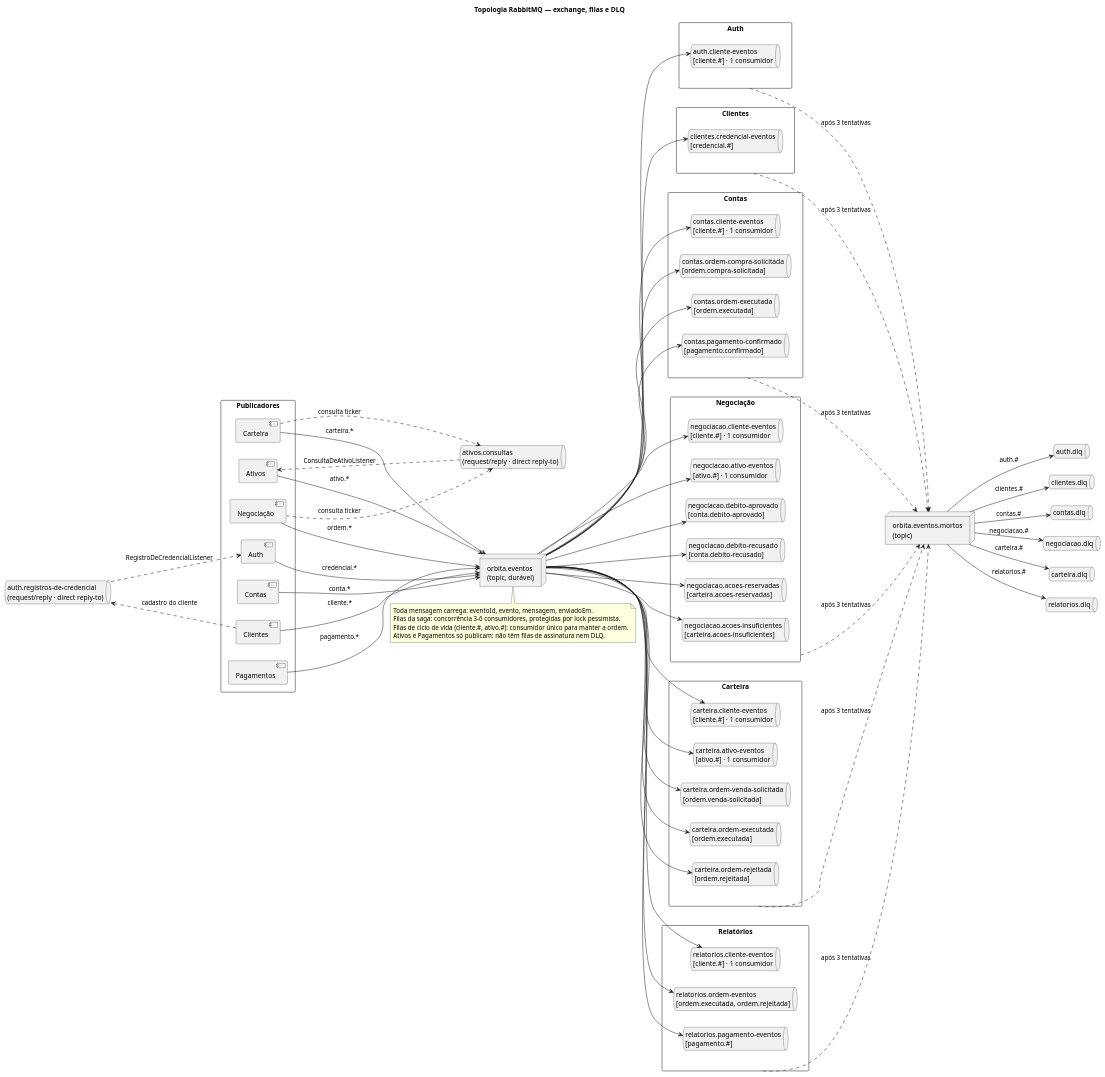
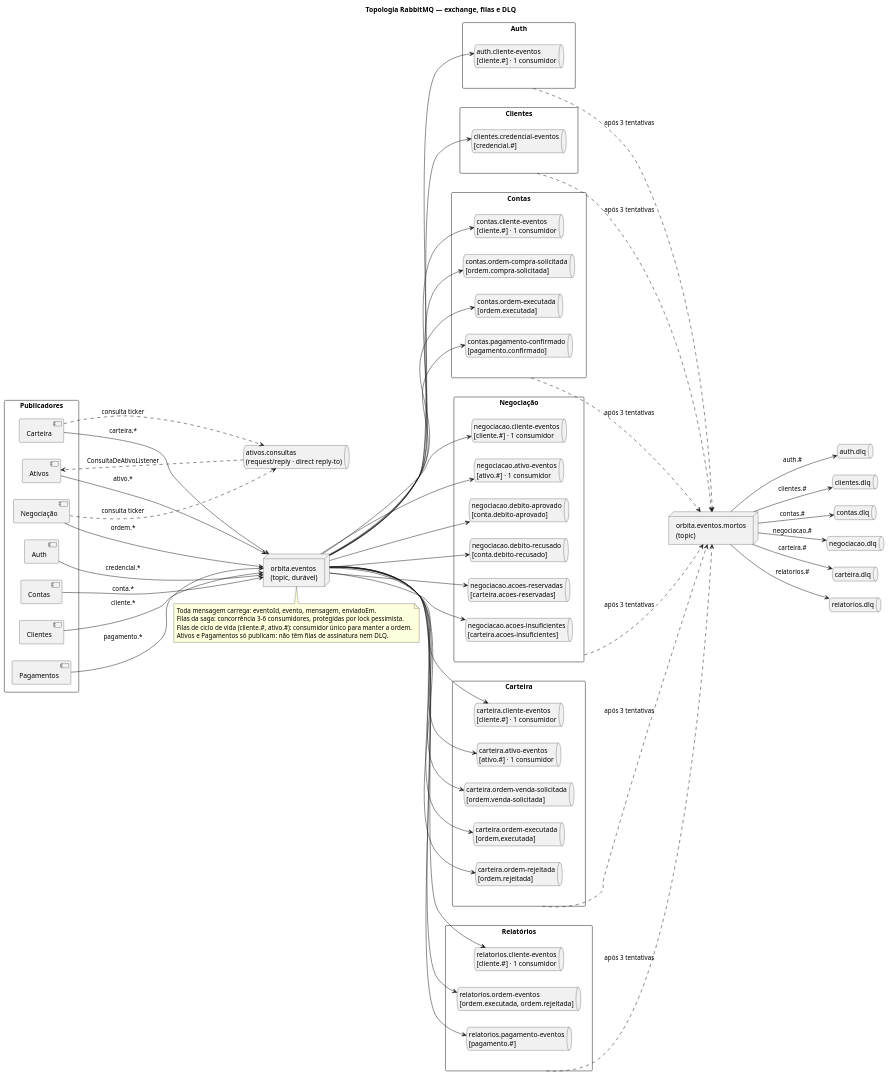
Before and after one commit to Endrigogustavo/OrbitaPay: the diagram in docs/plantuml/06-mensageria.puml, drawn with PlantUML. The commit also changed 53 other files, not shown here.

```diff
--- a/docs/plantuml/06-mensageria.puml
+++ b/docs/plantuml/06-mensageria.puml
@@ -1,124 +1,120 @@
 @startuml 06-mensageria
 title Topologia RabbitMQ — exchange, filas e DLQ
 
 skinparam shadowing false
 skinparam defaultFontName "Segoe UI"
 left to right direction
 
 rectangle "Publicadores" {
   component Auth as P_AUT
   component Clientes as P_CLI
   component Ativos as P_ATV
   component "Negociação" as P_NEG
   component Contas as P_CON
   component Carteira as P_CAR
   component Pagamentos as P_PAG
 }
 
 node "orbita.eventos\n(topic, durável)" as EX
 
 rectangle "Auth" as SAUT {
   queue "auth.cliente-eventos\n[cliente.#] · 1 consumidor" as qa1
 }
 
 rectangle "Clientes" as SCLI {
   queue "clientes.credencial-eventos\n[credencial.#]" as qc1
 }
 
 rectangle "Contas" as SCON {
   queue "contas.cliente-eventos\n[cliente.#] · 1 consumidor" as q1
   queue "contas.ordem-compra-solicitada\n[ordem.compra-solicitada]" as q2
   queue "contas.ordem-executada\n[ordem.executada]" as q3
   queue "contas.pagamento-confirmado\n[pagamento.confirmado]" as q15
 }
 
 rectangle "Negociação" as SNEG {
   queue "negociacao.cliente-eventos\n[cliente.#] · 1 consumidor" as q4
   queue "negociacao.ativo-eventos\n[ativo.#] · 1 consumidor" as q5
   queue "negociacao.debito-aprovado\n[conta.debito-aprovado]" as q6
   queue "negociacao.debito-recusado\n[conta.debito-recusado]" as q7
   queue "negociacao.acoes-reservadas\n[carteira.acoes-reservadas]" as q8
   queue "negociacao.acoes-insuficientes\n[carteira.acoes-insuficientes]" as q9
 }
 
 rectangle "Carteira" as SCAR {
   queue "carteira.cliente-eventos\n[cliente.#] · 1 consumidor" as q10
   queue "carteira.ativo-eventos\n[ativo.#] · 1 consumidor" as q11
   queue "carteira.ordem-venda-solicitada\n[ordem.venda-solicitada]" as q12
   queue "carteira.ordem-executada\n[ordem.executada]" as q13
   queue "carteira.ordem-rejeitada\n[ordem.rejeitada]" as q14
 }
 
 rectangle "Relatórios" as SREL {
   queue "relatorios.cliente-eventos\n[cliente.#] · 1 consumidor" as qr1
   queue "relatorios.ordem-eventos\n[ordem.executada, ordem.rejeitada]" as qr2
   queue "relatorios.pagamento-eventos\n[pagamento.#]" as qr3
 }
 
 queue "ativos.consultas\n(request/reply · direct reply-to)" as qcons
-queue "auth.registros-de-credencial\n(request/reply · direct reply-to)" as qreg
 
 node "orbita.eventos.mortos\n(topic)" as DLX
 queue "auth.dlq" as dlq0
 queue "clientes.dlq" as dlqc
 queue "contas.dlq" as dlq1
 queue "negociacao.dlq" as dlq2
 queue "carteira.dlq" as dlq3
 queue "relatorios.dlq" as dlqr
 
 P_AUT --> EX : credencial.*
 P_CLI --> EX : cliente.*
 P_ATV --> EX : ativo.*
 P_NEG --> EX : ordem.*
 P_CON --> EX : conta.*
 P_CAR --> EX : carteira.*
 P_PAG --> EX : pagamento.*
 
 EX --> qa1
 EX --> qc1
 EX --> q1
 EX --> q2
 EX --> q3
 EX --> q15
 EX --> q4
 EX --> q5
 EX --> q6
 EX --> q7
 EX --> q8
 EX --> q9
 EX --> q10
 EX --> q11
 EX --> q12
 EX --> q13
 EX --> q14
 EX --> qr1
 EX --> qr2
 EX --> qr3
 
 P_NEG ..> qcons : consulta ticker
 P_CAR ..> qcons : consulta ticker
 qcons ..> P_ATV : ConsultaDeAtivoListener
 
-P_CLI ..> qreg : cadastro do cliente
-qreg ..> P_AUT : RegistroDeCredencialListener
-
 SAUT ..> DLX : após 3 tentativas
 SCLI ..> DLX : após 3 tentativas
 SCON ..> DLX : após 3 tentativas
 SNEG ..> DLX : após 3 tentativas
 SCAR ..> DLX : após 3 tentativas
 SREL ..> DLX : após 3 tentativas
 DLX --> dlq0 : auth.#
 DLX --> dlqc : clientes.#
 DLX --> dlq1 : contas.#
 DLX --> dlq2 : negociacao.#
 DLX --> dlq3 : carteira.#
 DLX --> dlqr : relatorios.#
 
 note bottom of EX
   Toda mensagem carrega: eventoId, evento, mensagem, enviadoEm.
   Filas da saga: concorrência 3–6 consumidores, protegidas por lock pessimista.
   Filas de ciclo de vida (cliente.#, ativo.#): consumidor único para manter a ordem.
   Ativos e Pagamentos só publicam: não têm filas de assinatura nem DLQ.
 end note
 @enduml
```
